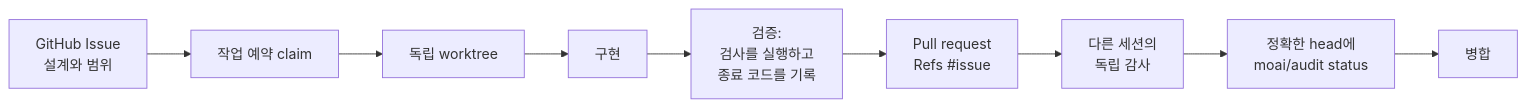
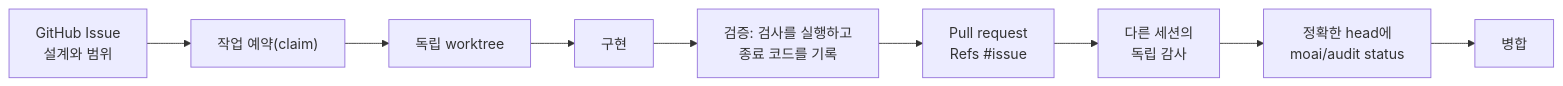
Before and after one commit to modu-ai/moai-adk: the diagram in README.ko.md, drawn with Mermaid. The commit also changed other lines of this file and 2 other files, not shown here.

Commit message:
docs: narrow the home-folder FAQ, trim SECURITY scope, quote mermaid labels
The FAQ now limits the plan/apply statement to commands that generate or
apply managed files. SECURITY scope follows the agreed outline only.

Moai-Claim: 2435#6783286748

````diff
--- a/README.ko.md
+++ b/README.ko.md
@@ -15,11 +15,11 @@
 ```mermaid
 flowchart LR
-    I[GitHub Issue<br/>설계와 범위] --> C[작업 예약 claim]
-    C --> W[독립 worktree]
-    W --> R[구현]
-    R --> V[검증:<br/>검사를 실행하고<br/>종료 코드를 기록]
-    V --> P[Pull request<br/>Refs #issue]
-    P --> A[다른 세션의<br/>독립 감사]
-    A --> S[정확한 head에<br/>moai/audit status]
-    S --> M[병합]
+    I["GitHub Issue<br/>설계와 범위"] --> C["작업 예약(claim)"]
+    C --> W["독립 worktree"]
+    W --> R["구현"]
+    R --> V["검증: 검사를 실행하고<br/>종료 코드를 기록"]
+    V --> P["Pull request<br/>Refs #issue"]
+    P --> A["다른 세션의<br/>독립 감사"]
+    A --> S["정확한 head에<br/>moai/audit status"]
+    S --> M["병합"]
 ```
````
